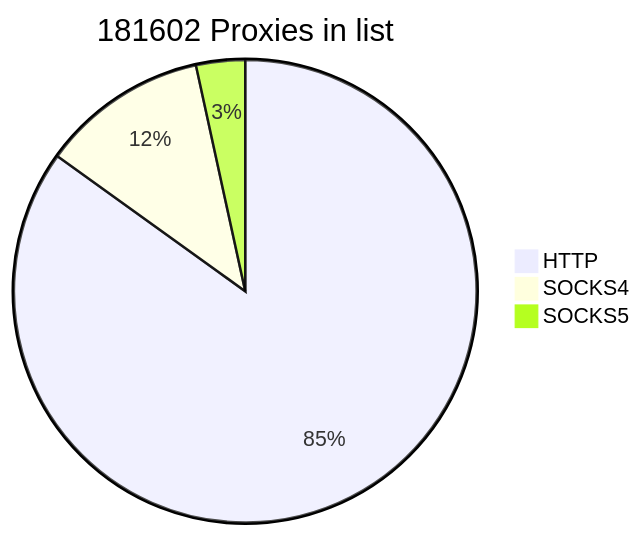
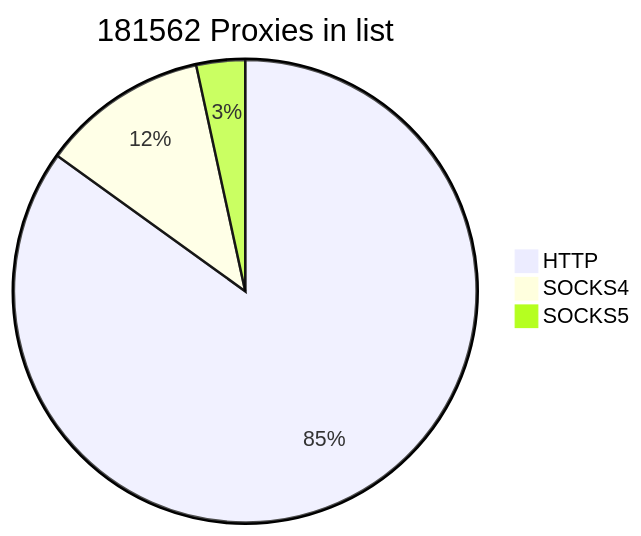
The first of 2 diagrams in README.md (cutipu/proxylist), drawn with Mermaid before and after one commit. The commit also changed other lines of this file, not shown here.

````diff
--- a/README.md
+++ b/README.md
@@ -2,7 +2,7 @@
 ```mermaid
-pie title 181602 Proxies in list
-    "HTTP" : 154224
-    "SOCKS4" : 21163
-    "SOCKS5" : 6215
+pie title 181562 Proxies in list
+    "HTTP" : 154221
+    "SOCKS4" : 21160
+    "SOCKS5" : 6181
             
 ```
````
